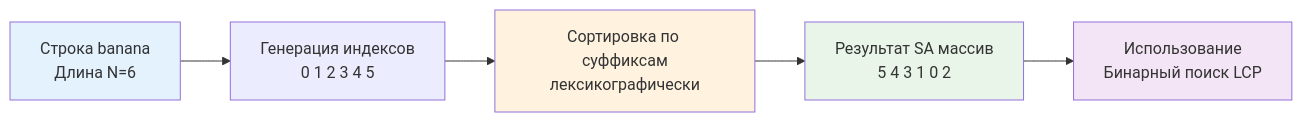
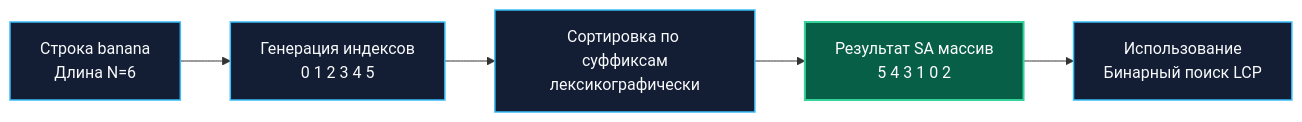
One commit to UnrealTemplier/go-textbook changed the diagram in sources/20. Алгоритмы и структуры данных (DSA) на Go/12. Строки/6. Suffix array.md. Above: the diagram before and after it, drawn with Mermaid. The commit also changed other lines of this file, not shown here.

````diff
--- a/sources/20. Алгоритмы и структуры данных (DSA) на Go/12. Строки/6. Suffix array.md
+++ b/sources/20. Алгоритмы и структуры данных (DSA) на Go/12. Строки/6. Suffix array.md
@@ -19,12 +44,11 @@
 ```mermaid
 flowchart LR
     S["Строка banana<br>Длина N=6"] --> Gen["Генерация индексов<br>0 1 2 3 4 5"]
     Gen --> Sort["Сортировка по суффиксам<br>лексикографически"]
     Sort --> SA["Результат SA массив<br>5 4 3 1 0 2"]
     SA --> Use["Использование<br>Бинарный поиск LCP"]
-    
-    style S fill:#e3f2fd
-    style Sort fill:#fff3e0
-    style SA fill:#e8f5e8
-    style Use fill:#f3e5f5
+
+    classDef default fill:#131d33,stroke:#38bdf8,stroke-width:1.5px,color:#f8fafc;
+    classDef saNode fill:#065f46,stroke:#34d399,stroke-width:2px,color:#ffffff;
+    class SA saNode;
 ```
````
